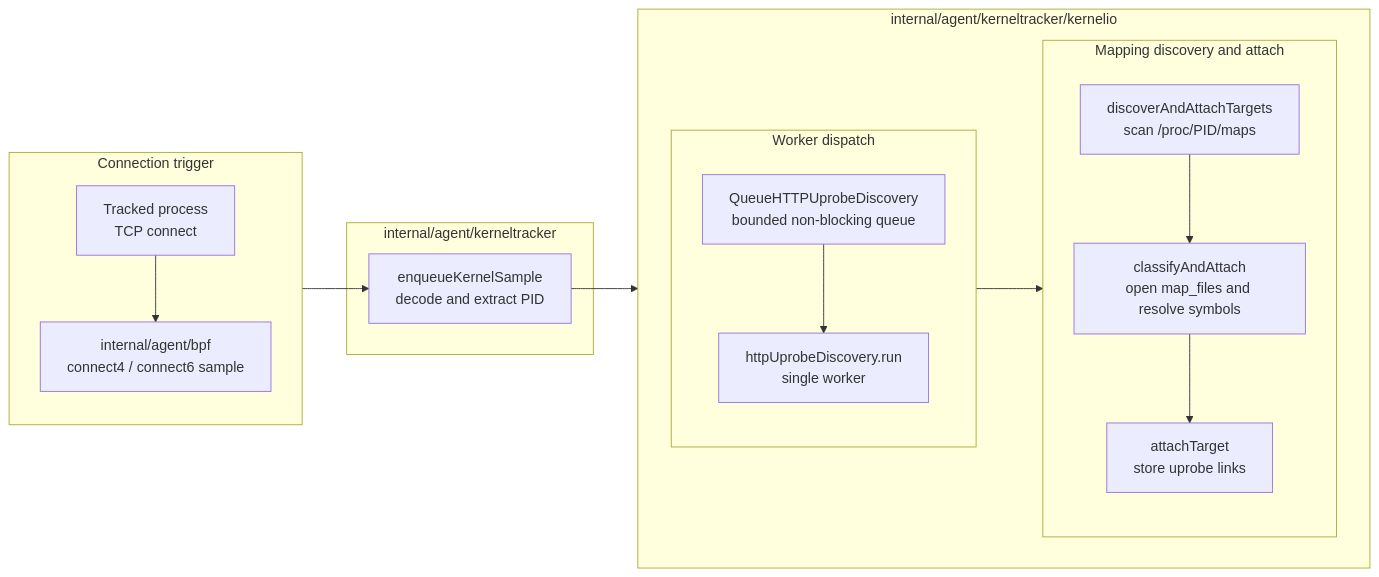
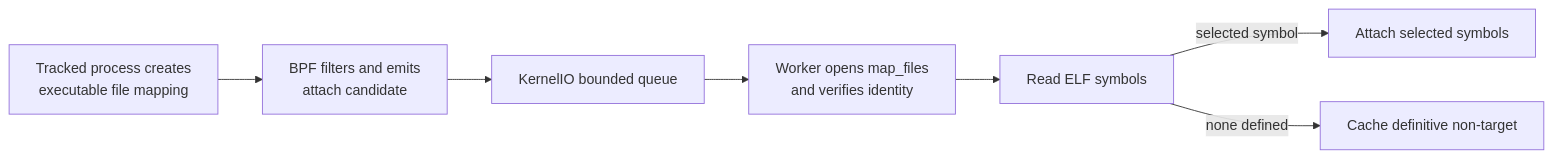
Before and after one commit to cicd-sensor/cicd-sensor: the second of 4 diagrams in docs/developer-guide/ebpf/http-uprobes.md, drawn with Mermaid. The commit also changed other lines of this file and 38 other files, not shown here.

First line of the commit message:
feat(agent): discover HTTP uprobes from executable mappings (#172)

````diff
--- a/docs/developer-guide/ebpf/http-uprobes.md
+++ b/docs/developer-guide/ebpf/http-uprobes.md
@@ -104,33 +138,14 @@
 ```mermaid
 flowchart LR
-    subgraph TRIGGER["Connection trigger"]
-        direction TB
-        P["Tracked process<br/>TCP connect"]
-        N["internal/agent/bpf<br/>connect4 / connect6 sample"]
-        P --> N
-    end
+    MAP["Tracked process creates<br/>executable file mapping"]
+    BPF["BPF filters and emits<br/>attach candidate"]
+    QUEUE["KernelIO bounded queue"]
+    OPEN["Worker opens map_files<br/>and verifies identity"]
+    ELF["Read ELF symbols"]
+    ATTACH["Attach selected symbols"]
+    CACHE["Cache definitive non-target"]
 
-    subgraph KT["internal/agent/kerneltracker"]
-        D["enqueueKernelSample<br/>decode and extract PID"]
-    end
-
-    subgraph KIO["internal/agent/kerneltracker/kernelio"]
-        direction LR
-        subgraph DISPATCH["Worker dispatch"]
-            direction TB
-            Q["QueueHTTPUprobeDiscovery<br/>bounded non-blocking queue"]
-            W["httpUprobeDiscovery.run<br/>single worker"]
-            Q --> W
-        end
-        subgraph ATTACH_FLOW["Mapping discovery and attach"]
-            direction TB
-            M["discoverAndAttachTargets<br/>scan /proc/PID/maps"]
-            A["classifyAndAttach<br/>open map_files and resolve symbols"]
-            L["attachTarget<br/>store uprobe links"]
-            M --> A --> L
-        end
-        W --> M
-    end
-
-    N --> D --> Q
+    MAP --> BPF --> QUEUE --> OPEN --> ELF
+    ELF -->|"selected symbol"| ATTACH
+    ELF -->|"none defined"| CACHE
 ```
````
